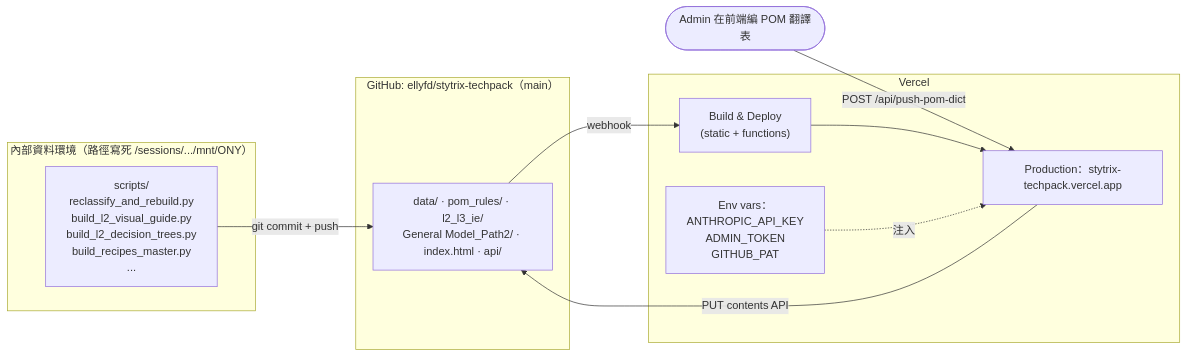
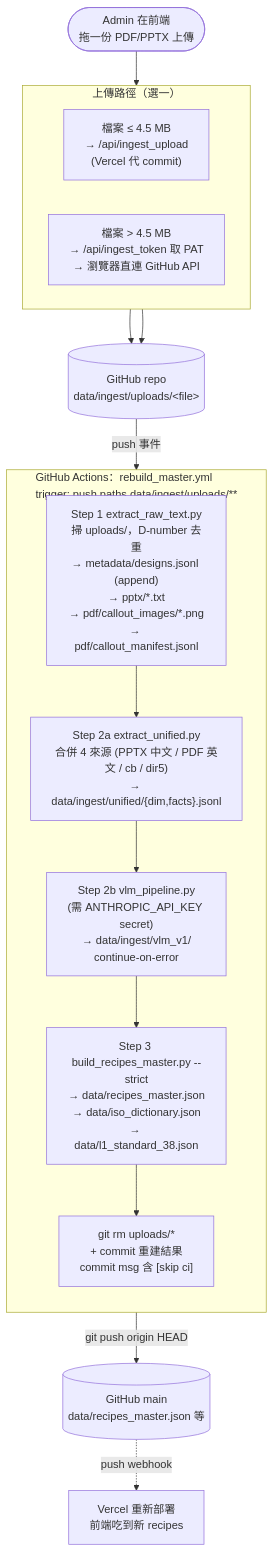
One commit to ellyfd/stytrix-techpack changed the fourth of 4 diagrams in 網站架構圖.md. Above: the diagram before and after it, drawn with Mermaid. The commit also changed other lines of this file and 1 other file, not shown here.

First line of the commit message:
docs: 依 main 最新架構重寫 README 與網站架構圖

````diff
--- a/網站架構圖.md
+++ b/網站架構圖.md
@@ -164,24 +181,32 @@
 ```mermaid
-flowchart LR
-  subgraph Local["內部資料環境（路徑寫死 /sessions/.../mnt/ONY）"]
-    L1s["scripts/<br/>reclassify_and_rebuild.py<br/>build_l2_visual_guide.py<br/>build_l2_decision_trees.py<br/>build_recipes_master.py<br/>..."]
+flowchart TB
+  Uploader([Admin 在前端<br/>拖一份 PDF/PPTX 上傳])
+
+  subgraph BrowserPath["上傳路徑（選一）"]
+    direction LR
+    BP1["檔案 ≤ 4.5 MB<br/>→ /api/ingest_upload<br/>(Vercel 代 commit)"]
+    BP2["檔案 > 4.5 MB<br/>→ /api/ingest_token 取 PAT<br/>→ 瀏覽器直連 GitHub API"]
   end
 
-  subgraph Repo["GitHub: ellyfd/stytrix-techpack（main）"]
-    R_data["data/ · pom_rules/ · l2_l3_ie/<br/>General Model_Path2/ · index.html · api/"]
+  GH1[("GitHub repo<br/>data/ingest/uploads/&lt;file&gt;")]
+
+  subgraph WF["GitHub Actions：rebuild_master.yml<br/>trigger: push paths data/ingest/uploads/**"]
+    direction TB
+    S1["Step 1 extract_raw_text.py<br/>掃 uploads/，D-number 去重<br/>→ metadata/designs.jsonl (append)<br/>→ pptx/*.txt<br/>→ pdf/callout_images/*.png<br/>→ pdf/callout_manifest.jsonl"]
+    S2a["Step 2a extract_unified.py<br/>合併 4 來源 (PPTX 中文 / PDF 英文 / cb / dir5)<br/>→ data/ingest/unified/{dim,facts}.jsonl"]
+    S2b["Step 2b vlm_pipeline.py<br/>(需 ANTHROPIC_API_KEY secret)<br/>→ data/ingest/vlm_v1/<br/>continue-on-error"]
+    S3["Step 3 build_recipes_master.py --strict<br/>→ data/recipes_master.json<br/>→ data/iso_dictionary.json<br/>→ data/l1_standard_38.json"]
+    S4["git rm uploads/*<br/>+ commit 重建結果<br/>commit msg 含 [skip ci]"]
+    S1 --> S2a --> S2b --> S3 --> S4
   end
 
-  subgraph V["Vercel"]
-    V_build["Build & Deploy<br/>(static + functions)"]
-    V_prod["Production：stytrix-techpack.vercel.app"]
-    V_env["Env vars：<br/>ANTHROPIC_API_KEY<br/>ADMIN_TOKEN<br/>GITHUB_PAT"]
-  end
+  GH2[("GitHub main<br/>data/recipes_master.json 等")]
+  V1["Vercel 重新部署<br/>前端吃到新 recipes"]
 
-  Admin([Admin 在前端編 POM 翻譯表])
-
-  L1s -- "git commit + push" --> R_data
-  Admin -- "POST /api/push-pom-dict" --> V_prod
-  V_prod -- "PUT contents API" --> R_data
-  R_data -- "webhook" --> V_build --> V_prod
-  V_env -. "注入" .-> V_prod
+  Uploader --> BrowserPath
+  BP1 --> GH1
+  BP2 --> GH1
+  GH1 -- "push 事件" --> WF
+  S4 -- "git push origin HEAD" --> GH2
+  GH2 -. "push webhook" .-> V1
 ```
````
